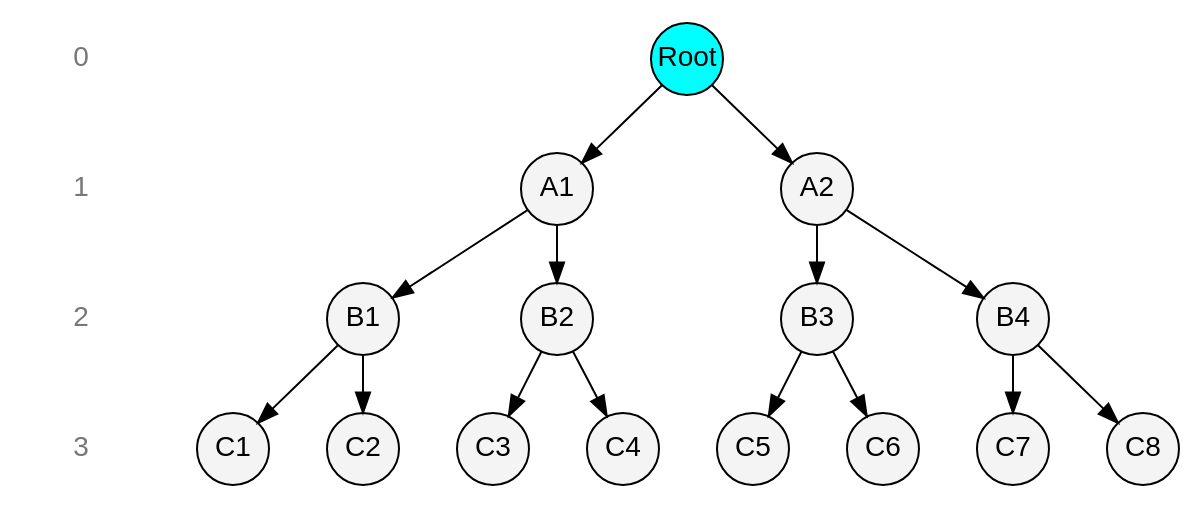
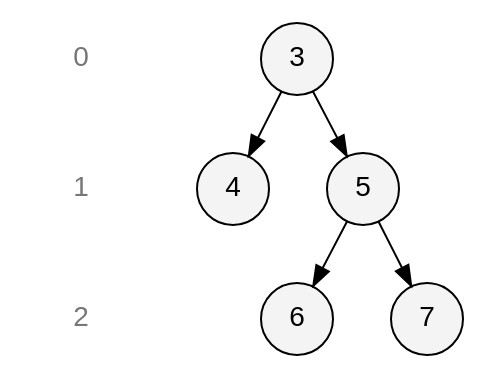
Before and after one commit to T04-ka/Binary-Tree: the diagram in ex_tree.dot, drawn with Graphviz. The commit also changed 5 other files, not shown here.

```diff
--- a/ex_tree.dot
+++ b/ex_tree.dot
@@ -1,40 +1,41 @@
 digraph G {
     rankdir=TB;
     nodesep=0.4;
     ranksep=0.4;
     splines=true;
 
     node [shape=circle, style=filled, fillcolor="#F4F4F4", width=0.5, fixedsize=true, fontname="Arial"];
 
     subgraph levels {
         node [shape=plaintext, width=0.8, style=filled, fillcolor=none, fontname="Arial", fontcolor="#777777"];
 
         // Вертикальный каркас для левой колонки
         L_0 [label="0"];
         L_1 [label="1"];
         L_2 [label="2"];
-        L_3 [label="3"];
 
-        L_0 -> L_1 -> L_2 -> L_3 [style=invis];
+        L_0 -> L_1 -> L_2 [style=invis];
     }
 
-    Root [fillcolor="cyan"];
+    node_0x1488 [label="3"];
+    { rank=same; node_0x1488; L_0 };
 
-    Root -> A1;
-    Root -> A2;
+    node_0x1111[label="4"];
+    { rank=same; node_0x1111; L_1 };
 
-    A1 -> B1;
-    A1 -> B2;
-    A2 -> B3;
-    A2 -> B4;
+    node_0x6769[label="5"];
+    { rank=same; node_0x6769; L_1 };
 
-    B1 -> C1; B1 -> C2;
-    B2 -> C3; B2 -> C4;
-    B3 -> C5; B3 -> C6;
-    B4 -> C7; B4 -> C8;
+    node_0x2280[label="6"];
+    { rank=same; node_0x2280; L_2 };
 
-    { rank=same; L_0; Root; }
-    { rank=same; L_1; A1; A2; }
-    { rank=same; L_2; B1; B2; B3; B4; }
-    { rank=same; L_3; C1; C2; C3; C4; C5; C6; C7; C8; }
+    node_0x5242[label="7"];
+    { rank=same; node_0x5242; L_2 };
+
+
+    node_0x1488 -> node_0x1111;
+    node_0x1488 -> node_0x6769;
+
+    node_0x6769 -> node_0x2280;
+    node_0x6769 -> node_0x5242;
 }
```
